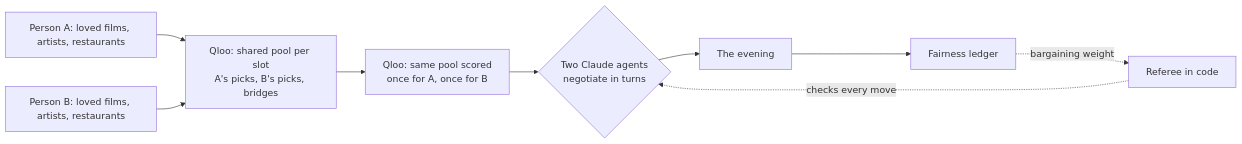
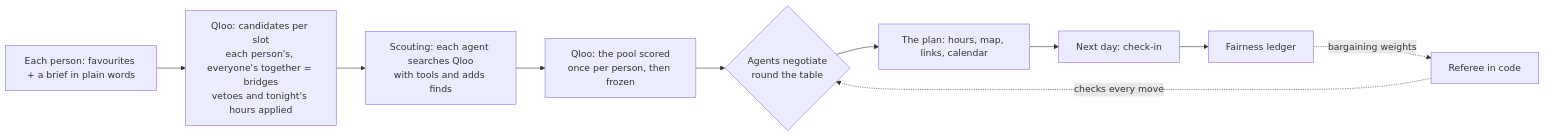
Before and after one commit to yRemo05/truce: the diagram in README.md, drawn with Mermaid. The commit also changed other lines of this file, not shown here.

Commit message:
README: groups, briefs, scouting, plans and check-ins

````diff
--- a/README.md
+++ b/README.md
@@ -21,11 +22,12 @@
 ```mermaid
 flowchart LR
-  A[Person A: loved films, artists, restaurants] --> P
-  B[Person B: loved films, artists, restaurants] --> P
-  P[Qloo: shared pool per slot<br/>A's picks, B's picks, bridges] --> S[Qloo: same pool scored<br/>once for A, once for B]
-  S --> N{Two Claude agents<br/>negotiate in turns}
+  P1[Each person: favourites + a brief in plain words] --> G
+  G[Qloo: candidates per slot<br/>each person's, everyone's together = bridges<br/>vetoes and tonight's hours applied] --> S
+  S[Scouting: each agent searches Qloo<br/>with tools and adds finds] --> F[Qloo: the pool scored<br/>once per person, then frozen]
+  F --> N{Agents negotiate<br/>round the table}
   R[Referee in code] -. checks every move .-> N
-  L[Fairness ledger] -. bargaining weight .-> R
-  N --> E[The evening]
-  E --> L
+  L[Fairness ledger] -. bargaining weights .-> R
+  N --> E[The plan: hours, map, links, calendar]
+  E --> C[Next day: check-in]
+  C --> L
 ```
````
